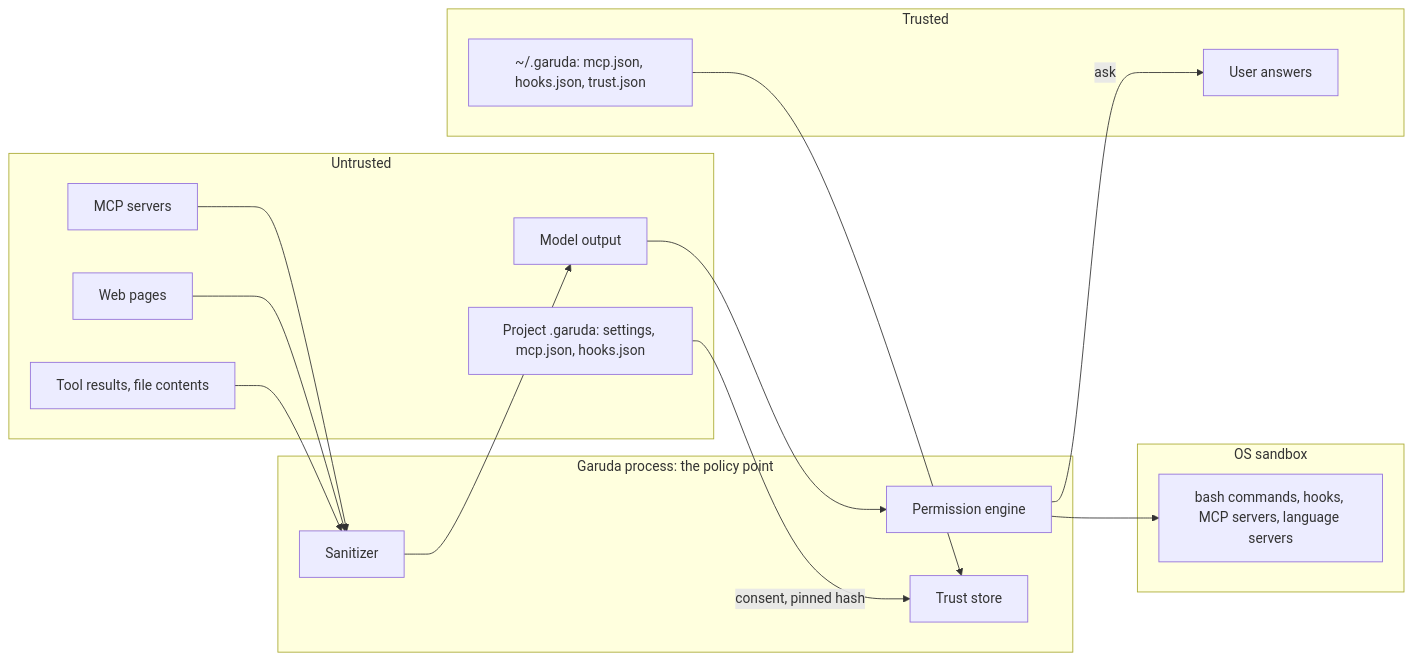
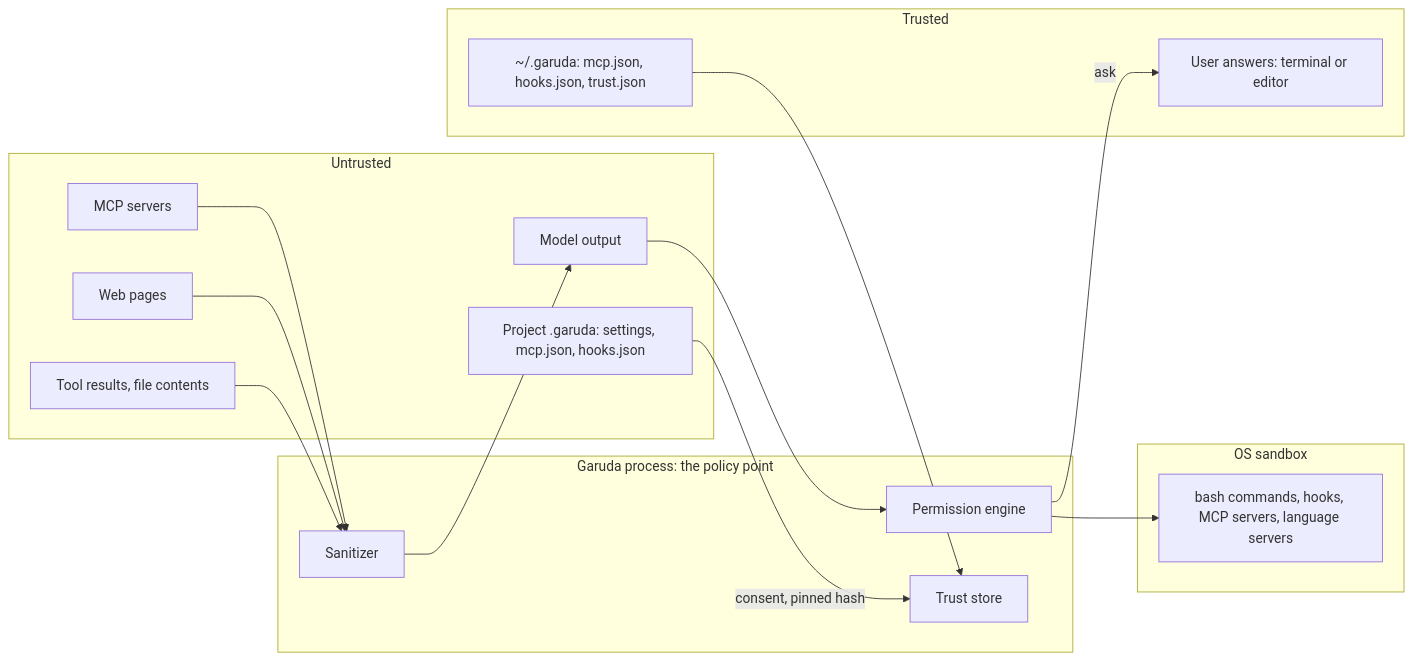
One commit to madhu-sv/garuda changed the third of 3 diagrams in docs/architecture.md. Above: the diagram before and after it, drawn with Mermaid. The commit also changed other lines of this file and 34 other files, not shown here.

````diff
--- a/docs/architecture.md
+++ b/docs/architecture.md
@@ -152,31 +160,31 @@
 ```mermaid
 flowchart LR
   subgraph Trusted
-    U[User answers]
+    U[User answers: terminal or editor]
     UC[~/.garuda: mcp.json, hooks.json, trust.json]
   end
   subgraph Garuda[Garuda process: the policy point]
     PE[Permission engine]
     TS[Trust store]
     SAN[Sanitizer]
   end
   subgraph Untrusted
     M[Model output]
     PC[Project .garuda: settings, mcp.json, hooks.json]
     MS[MCP servers]
     WP[Web pages]
     TR[Tool results, file contents]
   end
   subgraph OS[OS sandbox]
     CMD[bash commands, hooks, MCP servers, language servers]
   end
   M --> PE
   PE -->|ask| U
   PC -->|consent, pinned hash| TS
   UC --> TS
   PE --> CMD
   MS --> SAN
   WP --> SAN
   TR --> SAN
   SAN --> M
 ```
````
